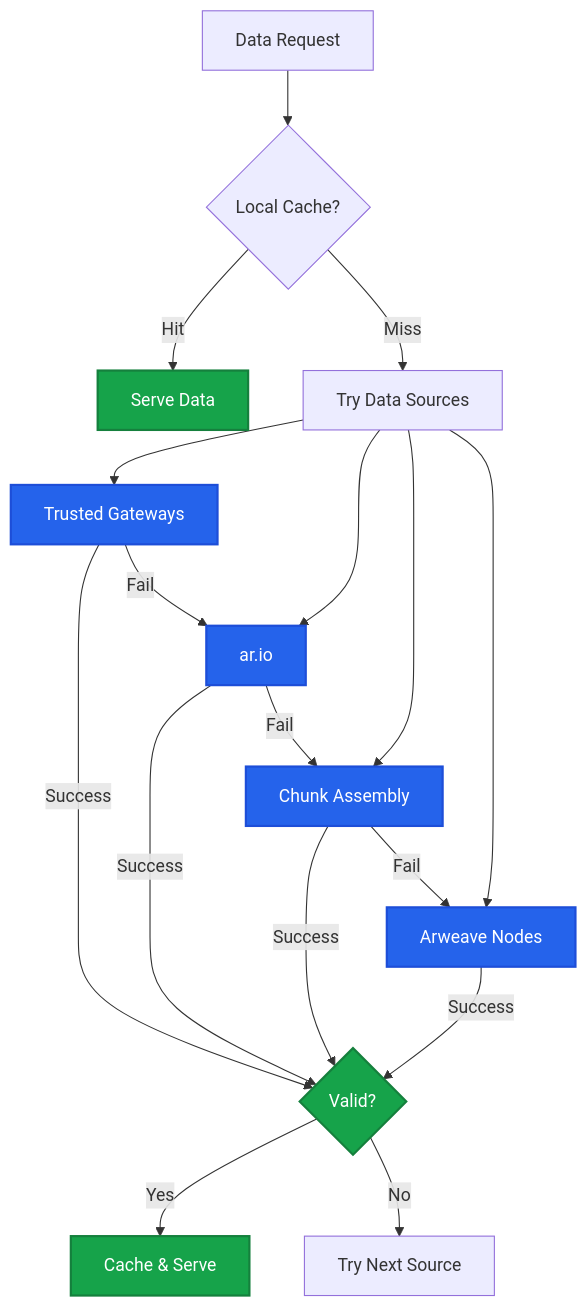
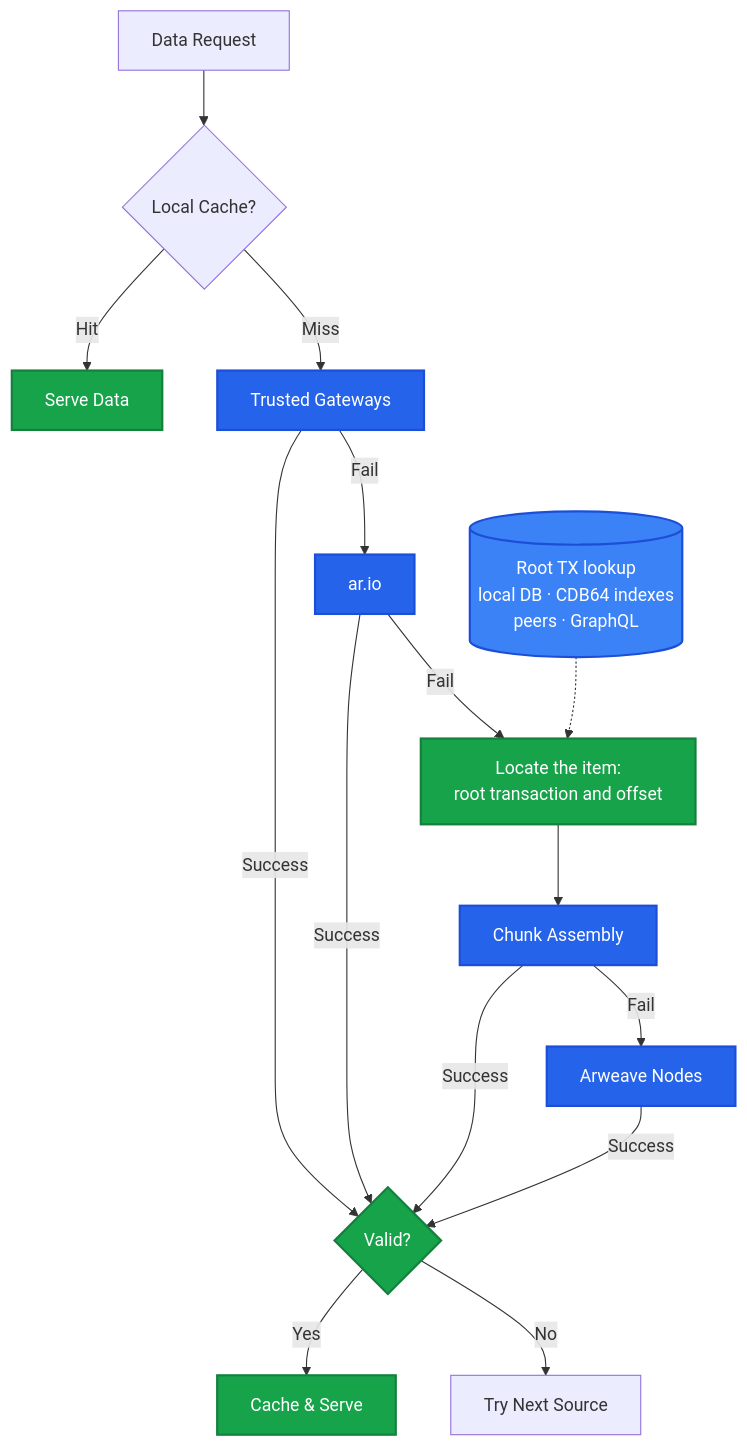
The first of 2 diagrams in content/learn/gateways/data-retrieval.mdx (ar-io/docs), drawn with Mermaid before and after one commit. The commit also changed other lines of this file and 3 other files, not shown here.

First line of the commit message:
docs(gateways): update the architecture and retrieval diagrams; add index-sharing diagrams

````diff
--- a/content/learn/gateways/data-retrieval.mdx
+++ b/content/learn/gateways/data-retrieval.mdx
@@ -14,29 +14,29 @@
 ```mermaid
 graph TD
     REQUEST[Data Request] --> CACHE{Local Cache?}
     CACHE -->|Hit| SERVE[Serve Data]
-    CACHE -->|Miss| SOURCES[Try Data Sources]
-    
-    SOURCES --> TRUSTED[Trusted Gateways]
-    SOURCES --> NETWORK[ar.io]
-    SOURCES --> CHUNKS[Chunk Assembly]
-    SOURCES --> ARWEAVE[Arweave Nodes]
-    
+    CACHE -->|Miss| TRUSTED[Trusted Gateways]
+
+    TRUSTED -->|Fail| NETWORK[ar.io]
+    NETWORK -->|Fail| LOCATE[Locate the item:<br/>root transaction and offset]
+    LOCATE --> CHUNKS[Chunk Assembly]
+    CHUNKS -->|Fail| ARWEAVE[Arweave Nodes]
+
+    LOOKUP[(Root TX lookup<br/>local DB · CDB64 indexes<br/>peers · GraphQL)] -.-> LOCATE
+
     TRUSTED -->|Success| VALIDATE
     NETWORK -->|Success| VALIDATE
     CHUNKS -->|Success| VALIDATE
     ARWEAVE -->|Success| VALIDATE
-    
-    TRUSTED -->|Fail| NETWORK
-    NETWORK -->|Fail| CHUNKS
-    CHUNKS -->|Fail| ARWEAVE
-    
+
     VALIDATE{Valid?} -->|Yes| STORE[Cache & Serve]
     VALIDATE -->|No| NEXT[Try Next Source]
-    
+
     classDef source fill:#2563eb,stroke:#1d4ed8,stroke-width:2px,color:#fff
     classDef process fill:#16a34a,stroke:#15803d,stroke-width:2px,color:#fff
-    
+    classDef database fill:#3b82f6,stroke:#1d4ed8,stroke-width:2px,color:#fff
+
     class TRUSTED,NETWORK,CHUNKS,ARWEAVE source
-    class VALIDATE,SERVE,STORE process
+    class VALIDATE,SERVE,STORE,LOCATE process
+    class LOOKUP database
 ```
````
